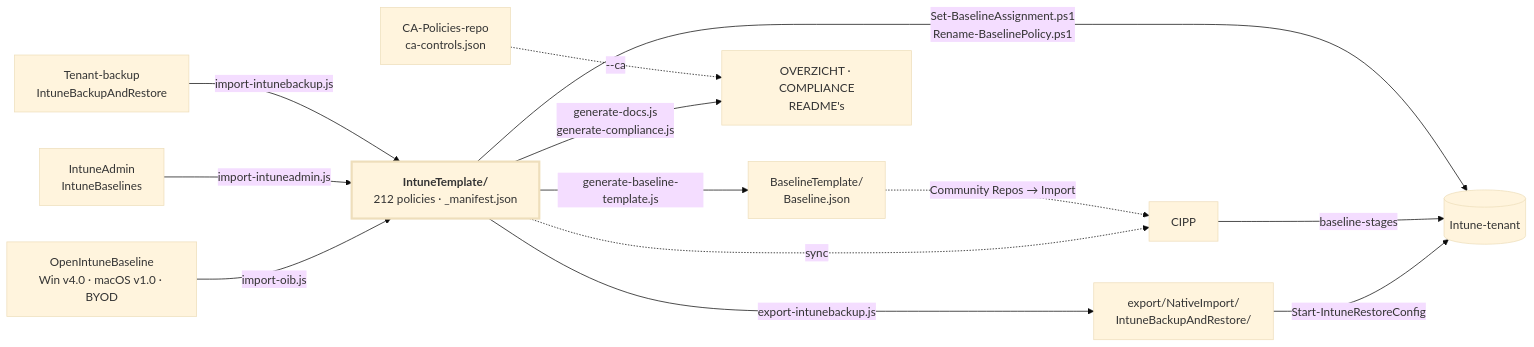
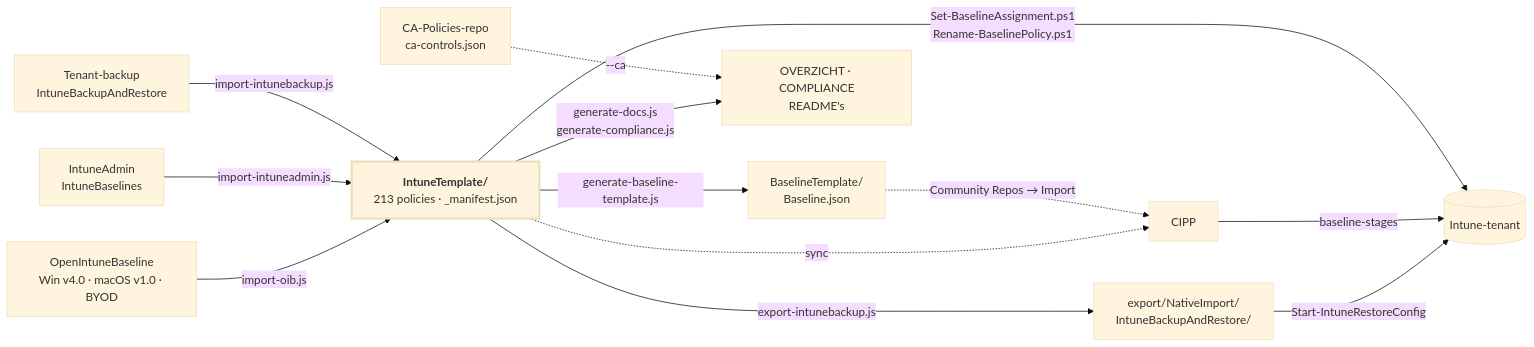
Before and after one commit to sjkanon/IntuneBackup: the diagram in docs/STRUCTUUR.md, drawn with Mermaid (base theme). The commit also changed other lines of this file and 30 other files, not shown here.

````diff
--- a/docs/STRUCTUUR.md
+++ b/docs/STRUCTUUR.md
@@ -24,21 +24,21 @@
 ```mermaid
 flowchart LR
   OIB["OpenIntuneBaseline<br/>Win v4.0 · macOS v1.0 · BYOD"] -->|import-oib.js| T
   IA["IntuneAdmin<br/>IntuneBaselines"] -->|import-intuneadmin.js| T
   BK["Tenant-backup<br/>IntuneBackupAndRestore"] -->|import-intunebackup.js| T
 
-  T["<b>IntuneTemplate/</b><br/>212 policies · _manifest.json"]
+  T["<b>IntuneTemplate/</b><br/>213 policies · _manifest.json"]
 
   T -->|export-intunebackup.js| EX["export/NativeImport/<br/>IntuneBackupAndRestore/"]
   T -->|generate-baseline-template.js| BT["BaselineTemplate/<br/>Baseline.json"]
   T -->|generate-docs.js<br/>generate-compliance.js| DOC["OVERZICHT · COMPLIANCE<br/>README's"]
   CA["CA-Policies-repo<br/>ca-controls.json"] -.->|--ca| DOC
 
   T -.->|sync| CIPP["CIPP"]
   BT -.->|Community Repos → Import| CIPP
   EX -->|Start-IntuneRestoreConfig| TEN[("Intune-tenant")]
   CIPP -->|baseline-stages| TEN
   T -->|Set-BaselineAssignment.ps1<br/>Rename-BaselinePolicy.ps1| TEN
 
   style T stroke-width:3px
 ```
````
